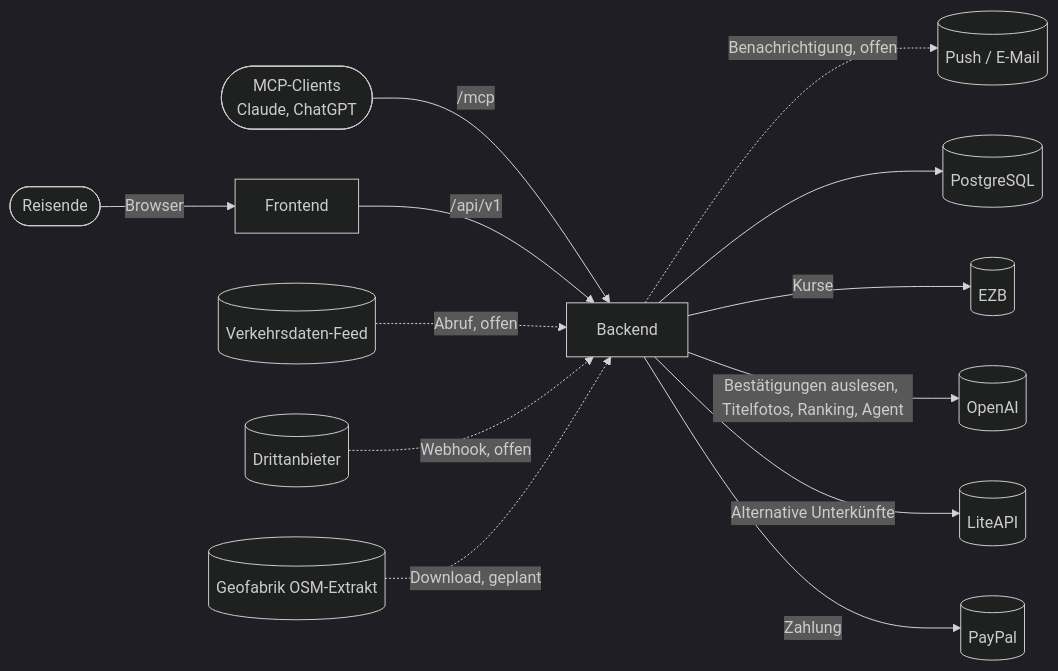
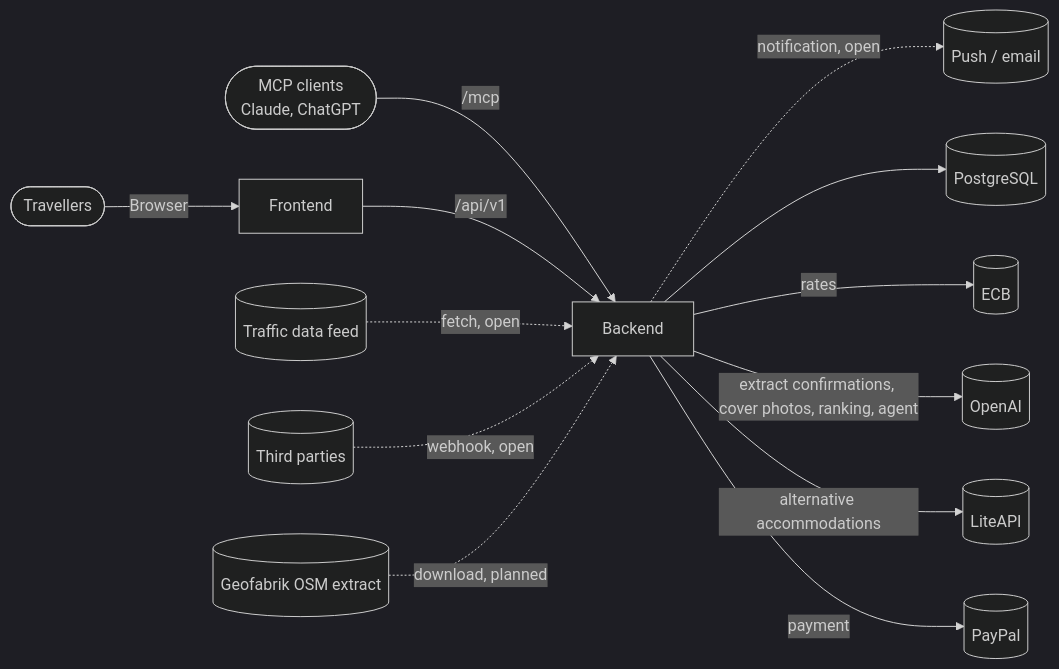
Before and after one commit to kehrbros/nofrustrationvacation: the first of 2 diagrams in Docs/architecture.md, drawn with Mermaid (dark theme). The commit also changed other lines of this file and 136 other files, not shown here.

````diff
--- a/Docs/architecture.md
+++ b/Docs/architecture.md
@@ -9,15 +9,15 @@
 ```mermaid
 flowchart LR
-    user([Reisende]) -->|Browser| fe[Frontend]
-    mcp([MCP-Clients<br>Claude, ChatGPT]) -->|/mcp| be
+    user([Travellers]) -->|Browser| fe[Frontend]
+    mcp([MCP clients<br>Claude, ChatGPT]) -->|/mcp| be
     fe -->|/api/v1| be[Backend]
-    feed[(Verkehrsdaten-Feed)] -.->|Abruf, offen| be
-    hook[(Drittanbieter)] -.->|Webhook, offen| be
-    osm[(Geofabrik OSM-Extrakt)] -.->|Download, geplant| be
-    be -.->|Benachrichtigung, offen| notify[(Push / E-Mail)]
+    feed[(Traffic data feed)] -.->|fetch, open| be
+    hook[(Third parties)] -.->|webhook, open| be
+    osm[(Geofabrik OSM extract)] -.->|download, planned| be
+    be -.->|notification, open| notify[(Push / email)]
     be --> db[(PostgreSQL)]
-    be -->|Kurse| ecb[(EZB)]
-    be -->|Bestätigungen auslesen, Titelfotos, Ranking, Agent| openai[(OpenAI)]
-    be -->|Alternative Unterkünfte| liteapi[(LiteAPI)]
-    be -->|Zahlung| paypal[(PayPal)]
+    be -->|rates| ecb[(ECB)]
+    be -->|extract confirmations, cover photos, ranking, agent| openai[(OpenAI)]
+    be -->|alternative accommodations| liteapi[(LiteAPI)]
+    be -->|payment| paypal[(PayPal)]
 ```
````
